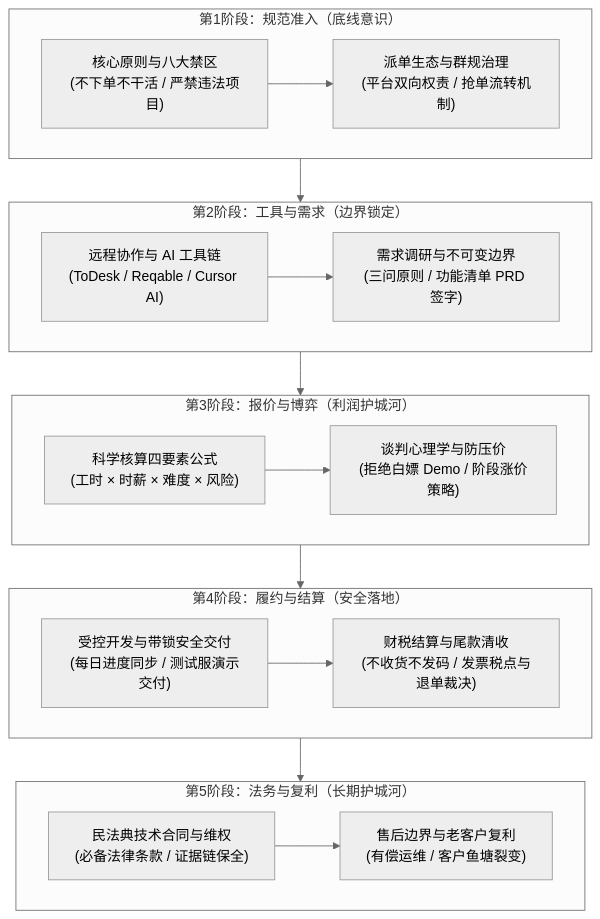
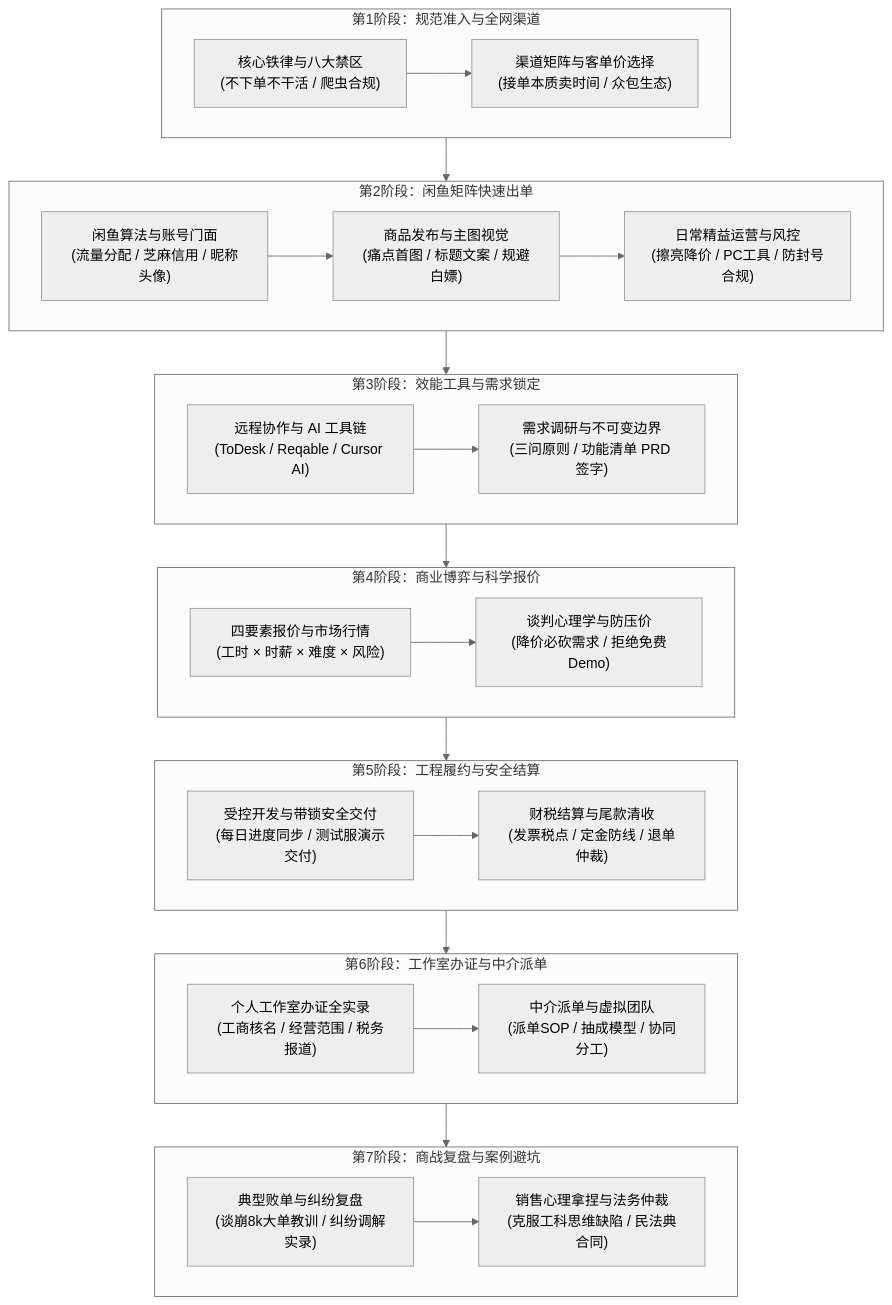
One commit to ponyletter/py310sphinx_knowledge changed the diagram in docs/source/courses/freelance_orders_guide/index.md. Above: the diagram before and after it, drawn with Mermaid (neutral theme). The commit also changed other lines of this file and 34 other files, not shown here.

````diff
--- a/docs/source/courses/freelance_orders_guide/index.md
+++ b/docs/source/courses/freelance_orders_guide/index.md
@@ -15,24 +13,33 @@
 ```{mermaid}
 flowchart TD
-    subgraph Stage1["第1阶段：规范准入（底线意识）"]
-        S1A["核心原则与八大禁区<br/>(不下单不干活 / 严禁违法项目)"] --> S1B["派单生态与群规治理<br/>(平台双向权责 / 抢单流转机制)"]
+    subgraph Stage1["第1阶段：规范准入与全网渠道"]
+        S1A["核心铁律与八大禁区<br/>(不下单不干活 / 爬虫合规)"] --> S1B["渠道矩阵与客单价选择<br/>(接单本质卖时间 / 众包生态)"]
     end
 
-    subgraph Stage2["第2阶段：工具与需求（边界锁定）"]
-        S2A["远程协作与 AI 工具链<br/>(ToDesk / Reqable / Cursor AI)"] --> S2B["需求调研与不可变边界<br/>(三问原则 / 功能清单 PRD 签字)"]
+    subgraph Stage2["第2阶段：闲鱼矩阵快速出单"]
+        S2A["闲鱼算法与账号门面<br/>(流量分配 / 芝麻信用 / 昵称头像)"] --> S2B["商品发布与主图视觉<br/>(痛点首图 / 标题文案 / 规避白嫖)"]
+        S2B --> S2C["日常精益运营与风控<br/>(擦亮降价 / PC工具 / 防封号合规)"]
     end
 
-    subgraph Stage3["第3阶段：报价与博弈（利润护城河）"]
-        S3A["科学核算四要素公式<br/>(工时 × 时薪 × 难度 × 风险)"] --> S3B["谈判心理学与防压价<br/>(拒绝白嫖 Demo / 阶段涨价策略)"]
+    subgraph Stage3["第3阶段：效能工具与需求锁定"]
+        S3A["远程协作与 AI 工具链<br/>(ToDesk / Reqable / Cursor AI)"] --> S3B["需求调研与不可变边界<br/>(三问原则 / 功能清单 PRD 签字)"]
     end
 
-    subgraph Stage4["第4阶段：履约与结算（安全落地）"]
-        S4A["受控开发与带锁安全交付<br/>(每日进度同步 / 测试服演示交付)"] --> S4B["财税结算与尾款清收<br/>(不收货不发码 / 发票税点与退单裁决)"]
+    subgraph Stage4["第4阶段：商业博弈与科学报价"]
+        S4A["四要素报价与市场行情<br/>(工时 × 时薪 × 难度 × 风险)"] --> S4B["谈判心理学与防压价<br/>(降价必砍需求 / 拒绝免费Demo)"]
     end
 
-    subgraph Stage5["第5阶段：法务与复利（长期护城河）"]
-        S5A["民法典技术合同与维权<br/>(必备法律条款 / 证据链保全)"] --> S5B["售后边界与老客户复利<br/>(有偿运维 / 客户鱼塘裂变)"]
+    subgraph Stage5["第5阶段：工程履约与安全结算"]
+        S5A["受控开发与带锁安全交付<br/>(每日进度同步 / 测试服演示交付)"] --> S5B["财税结算与尾款清收<br/>(发票税点 / 定金防线 / 退单仲裁)"]
     end
 
-    Stage1 --> Stage2 --> Stage3 --> Stage4 --> Stage5
+    subgraph Stage6["第6阶段：工作室办证与中介派单"]
+        S6A["个人工作室办证全实录<br/>(工商核名 / 经营范围 / 税务报道)"] --> S6B["中介派单与虚拟团队<br/>(派单SOP / 抽成模型 / 协同分工)"]
+    end
+
+    subgraph Stage7["第7阶段：商战复盘与案例避坑"]
+        S7A["典型败单与纠纷复盘<br/>(谈崩8k大单教训 / 纠纷调解实录)"] --> S7B["销售心理拿捏与法务仲裁<br/>(克服工科思维缺陷 / 民法典合同)"]
+    end
+
+    Stage1 --> Stage2 --> Stage3 --> Stage4 --> Stage5 --> Stage6 --> Stage7
 ```
````
